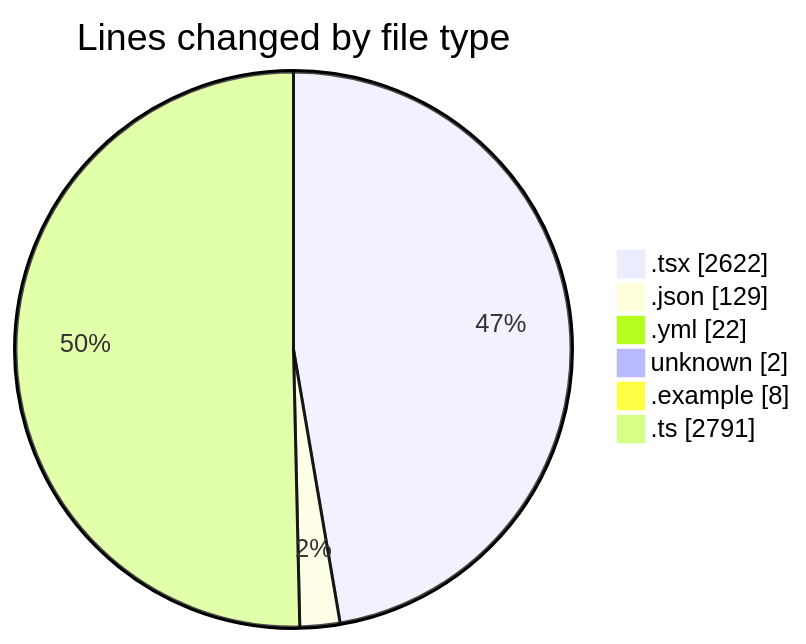
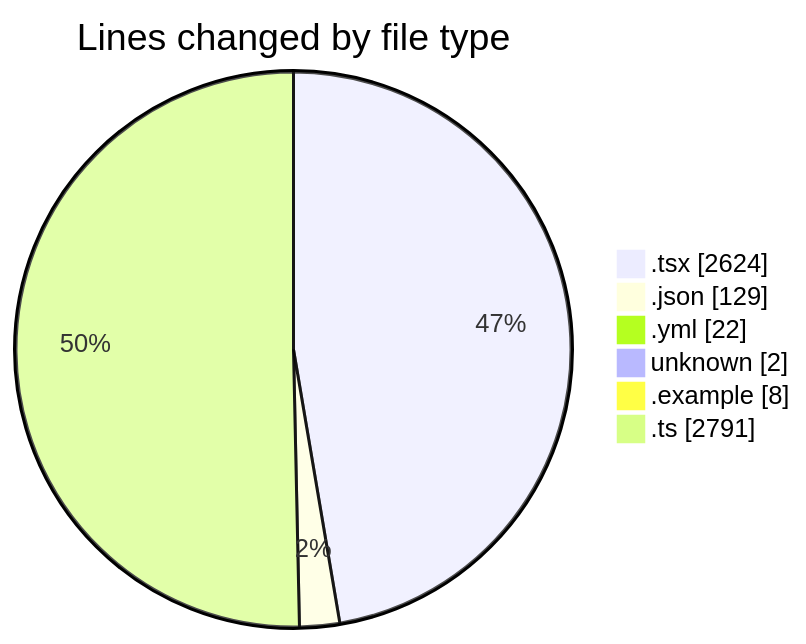
Before and after one commit to julien-gomy/code-tracking: the first of 2 diagrams in 2025-11-21/eventscop-frontend-guide__workspace_/README.md, drawn with Mermaid. The commit also changed other lines of this file and 1 other file, not shown here.

````diff
--- a/2025-11-21/eventscop-frontend-guide__workspace_/README.md
+++ b/2025-11-21/eventscop-frontend-guide__workspace_/README.md
@@ -59,10 +59,10 @@
 ```mermaid
 pie showData
 title Lines changed by file type
-".tsx" : 2622
+".tsx" : 2624
 ".json" : 129
 ".yml" : 22
 "unknown" : 2
 ".example" : 8
 ".ts" : 2791
 ```
````
